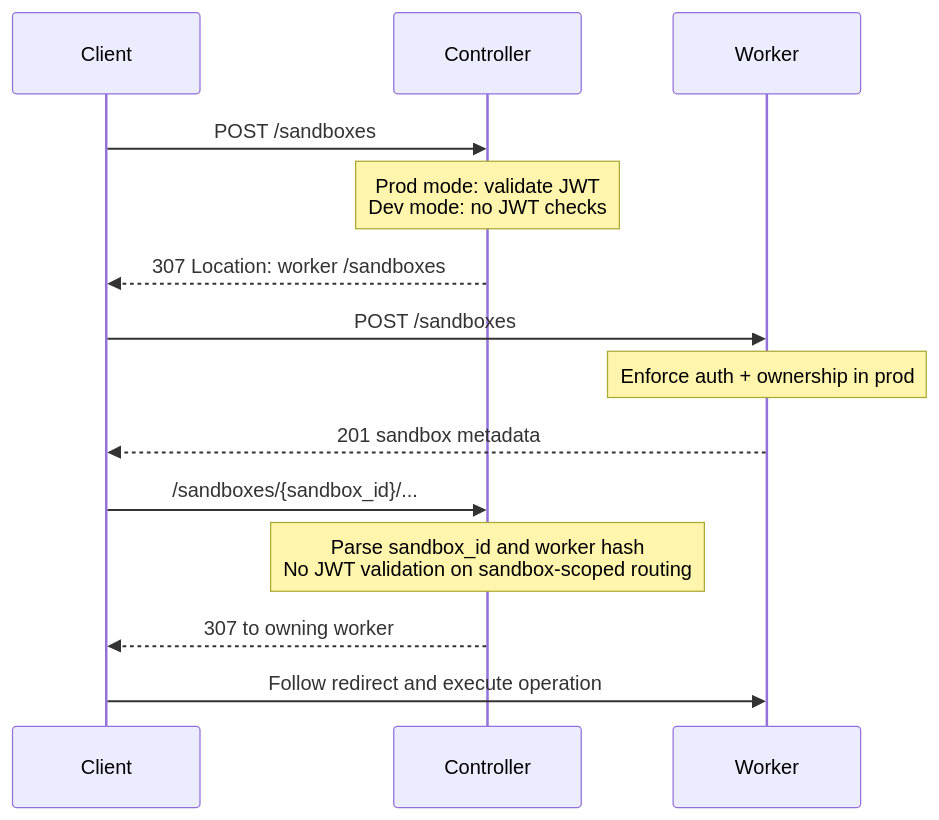
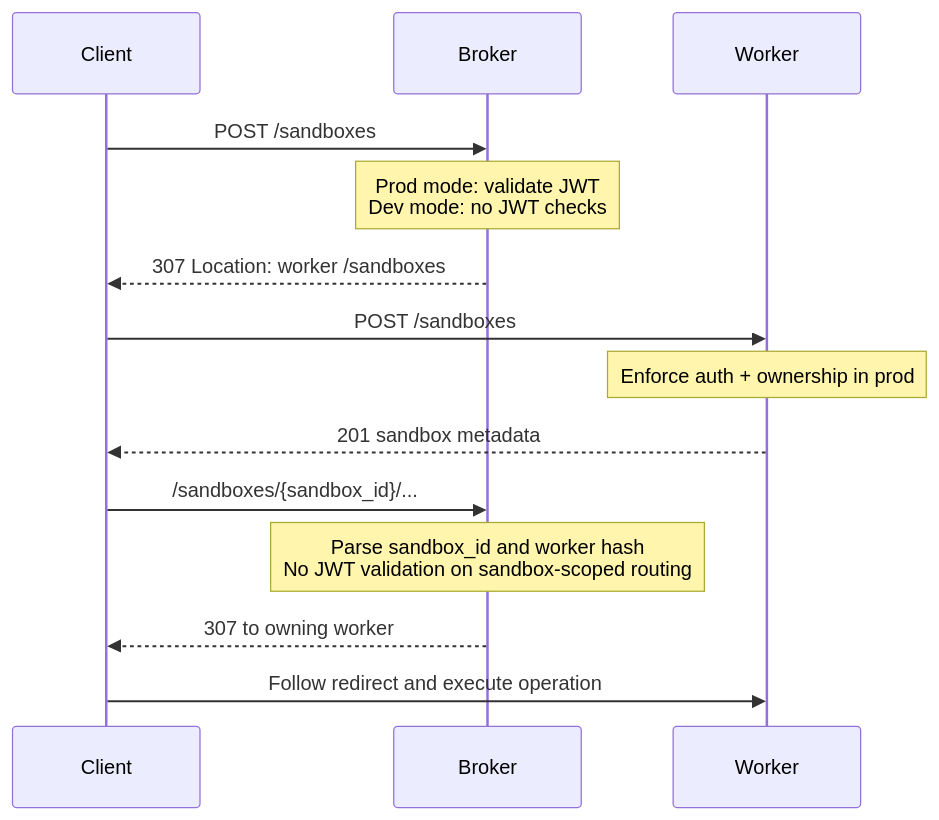
The second of 3 diagrams in README.md (cirruslabs/traforato), drawn with Mermaid before and after one commit. The commit also changed other lines of this file and 11 other files, not shown here.

First line of the commit message:
Refactor controller service to broker (#3)

````diff
--- a/README.md
+++ b/README.md
@@ -30,18 +30,18 @@
 ```mermaid
 sequenceDiagram
   participant C as Client
-  participant CT as Controller
+  participant BR as Broker
   participant W as Worker
 
-  C->>CT: POST /sandboxes
-  Note over CT: Prod mode: validate JWT<br/>Dev mode: no JWT checks
-  CT-->>C: 307 Location: worker /sandboxes
+  C->>BR: POST /sandboxes
+  Note over BR: Prod mode: validate JWT<br/>Dev mode: no JWT checks
+  BR-->>C: 307 Location: worker /sandboxes
   C->>W: POST /sandboxes
   Note over W: Enforce auth + ownership in prod
   W-->>C: 201 sandbox metadata
 
-  C->>CT: /sandboxes/{sandbox_id}/...
-  Note over CT: Parse sandbox_id and worker hash<br/>No JWT validation on sandbox-scoped routing
-  CT-->>C: 307 to owning worker
+  C->>BR: /sandboxes/{sandbox_id}/...
+  Note over BR: Parse sandbox_id and worker hash<br/>No JWT validation on sandbox-scoped routing
+  BR-->>C: 307 to owning worker
   C->>W: Follow redirect and execute operation
 ```
````
